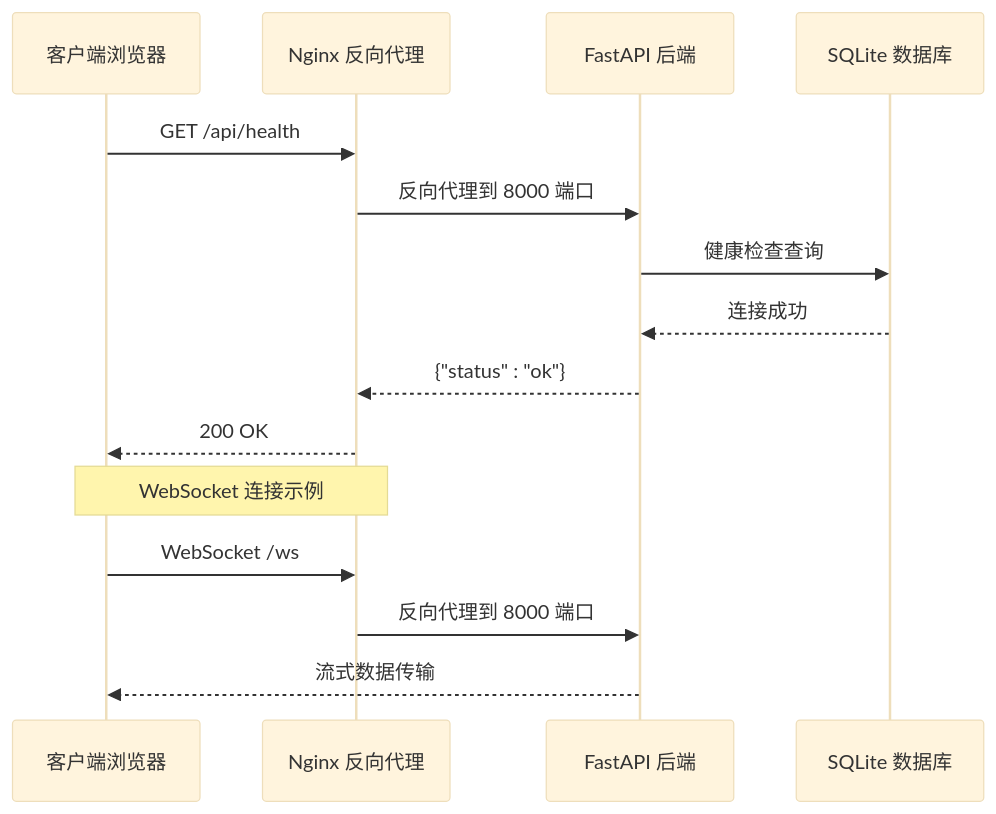
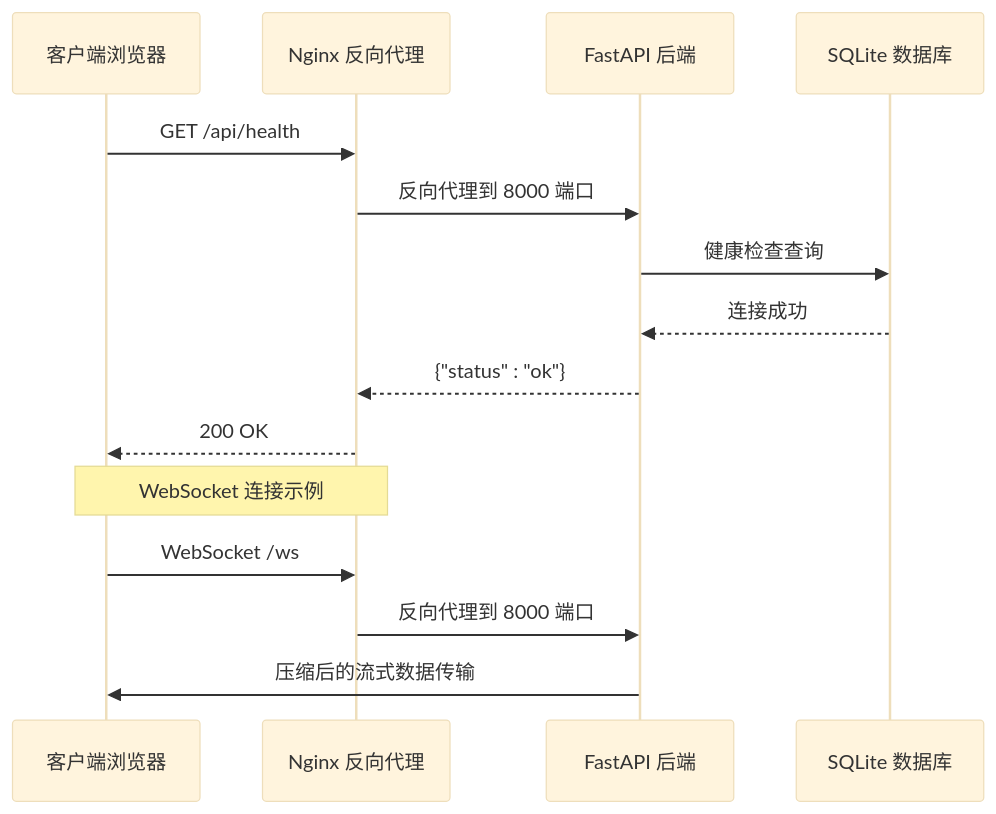
One commit to laohanhahaha/PaperChat changed the third of 10 diagrams in .qoder/repowiki/zh/content/容器化部署.md. Above: the diagram before and after it, drawn with Mermaid (base theme). The commit also changed other lines of this file and 59 other files, not shown here.

````diff
--- a/.qoder/repowiki/zh/content/容器化部署.md
+++ b/.qoder/repowiki/zh/content/容器化部署.md
@@ -125,17 +141,17 @@
 ```mermaid
 sequenceDiagram
 participant Client as 客户端浏览器
 participant Nginx as Nginx 反向代理
 participant Backend as FastAPI 后端
 participant Database as SQLite 数据库
 Client->>Nginx : GET /api/health
 Nginx->>Backend : 反向代理到 8000 端口
 Backend->>Database : 健康检查查询
 Database-->>Backend : 连接成功
 Backend-->>Nginx : {"status" : "ok"}
 Nginx-->>Client : 200 OK
 Note over Client,Nginx : WebSocket 连接示例
 Client->>Nginx : WebSocket /ws
 Nginx->>Backend : 反向代理到 8000 端口
-Backend-->>Client : 流式数据传输
+Backend->>Client : 压缩后的流式数据传输
 ```
````
